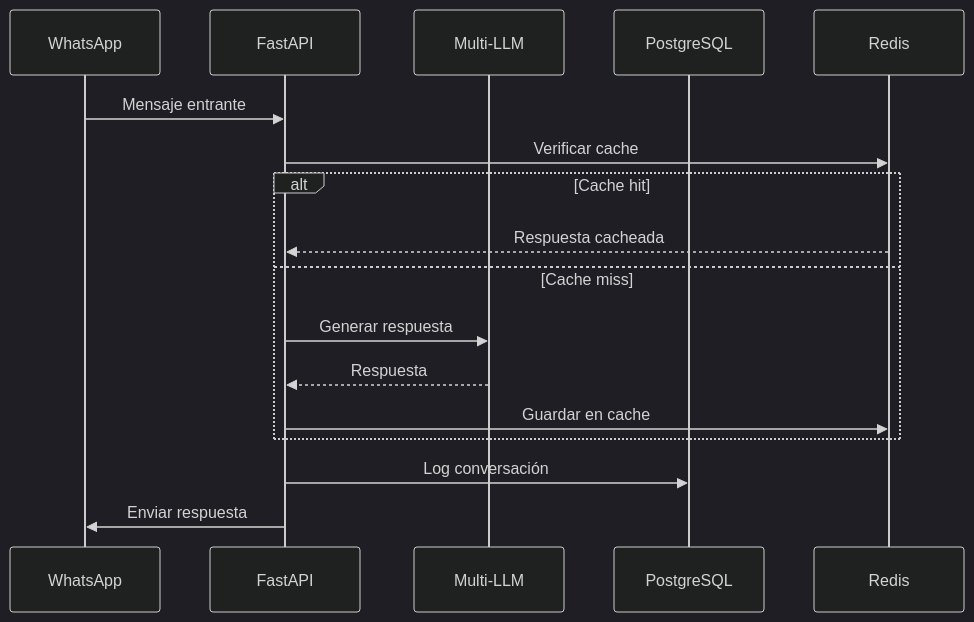
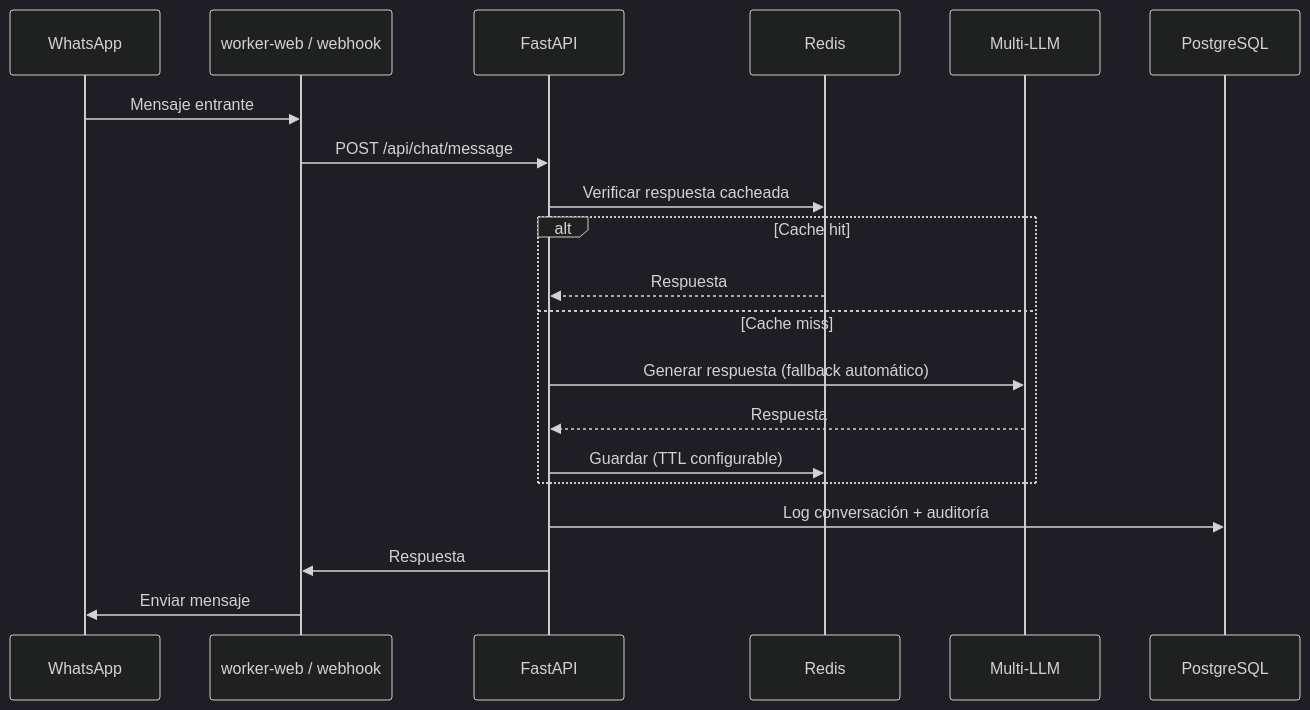
The third of 3 diagrams in ARCHITECTURE.md (Pablo-Cubides/chatbot-whatsapp-llm), drawn with Mermaid (dark theme) before and after one commit. The commit also changed other lines of this file and 9 other files, not shown here.

````diff
--- a/ARCHITECTURE.md
+++ b/ARCHITECTURE.md
@@ -208,20 +245,23 @@
 ```mermaid
 sequenceDiagram
     participant WA as WhatsApp
+    participant WK as worker-web / webhook
     participant API as FastAPI
+    participant CACHE as Redis
     participant LLM as Multi-LLM
     participant DB as PostgreSQL
-    participant Cache as Redis
-    
-    WA->>API: Mensaje entrante
-    API->>Cache: Verificar cache
+
+    WA->>WK: Mensaje entrante
+    WK->>API: POST /api/chat/message
+    API->>CACHE: Verificar respuesta cacheada
     alt Cache hit
-        Cache-->>API: Respuesta cacheada
+        CACHE-->>API: Respuesta
     else Cache miss
-        API->>LLM: Generar respuesta
+        API->>LLM: Generar respuesta (fallback automático)
         LLM-->>API: Respuesta
-        API->>Cache: Guardar en cache
+        API->>CACHE: Guardar (TTL configurable)
     end
-    API->>DB: Log conversación
-    API->>WA: Enviar respuesta
+    API->>DB: Log conversación + auditoría
+    API->>WK: Respuesta
+    WK->>WA: Enviar mensaje
 ```
````
